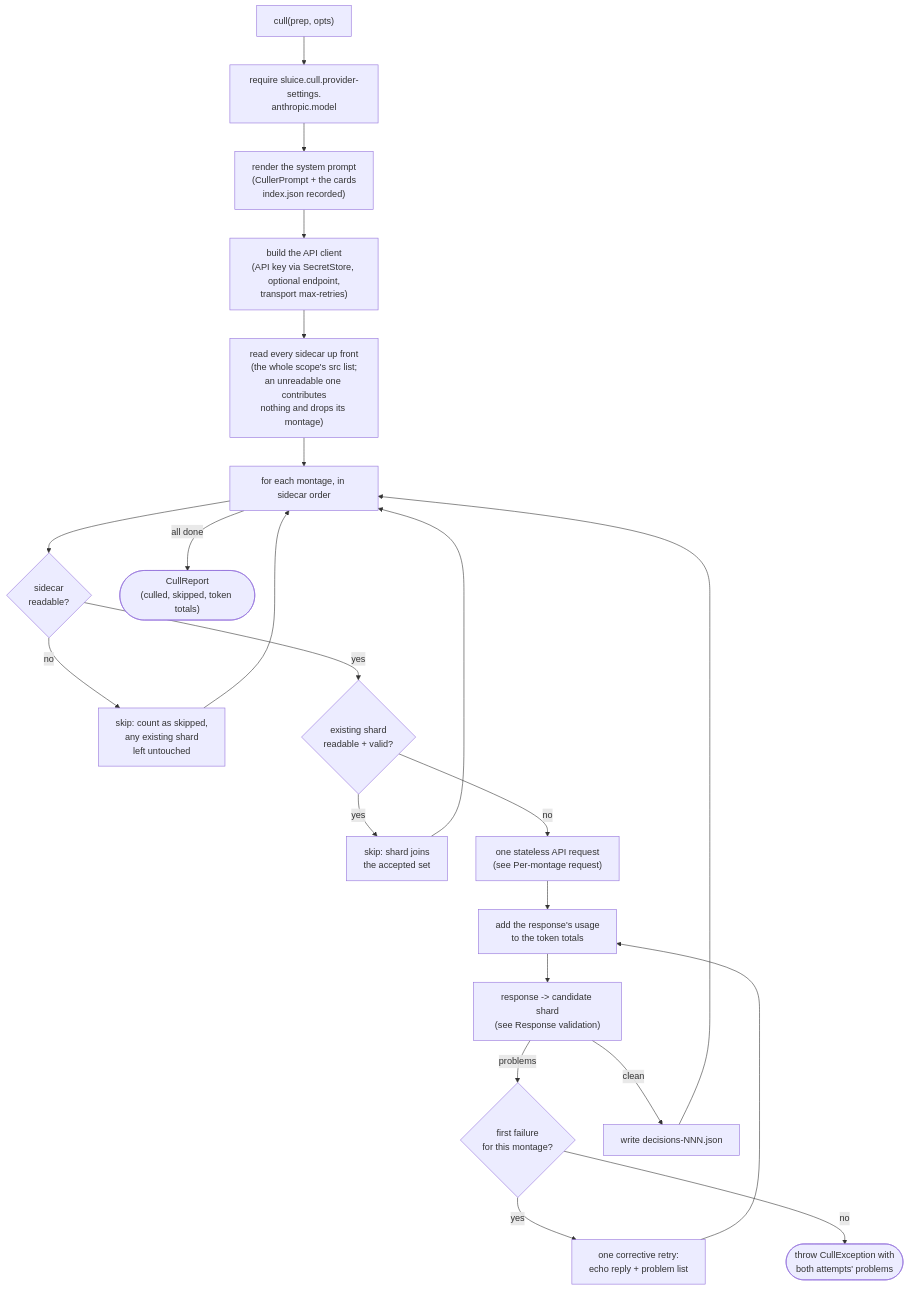
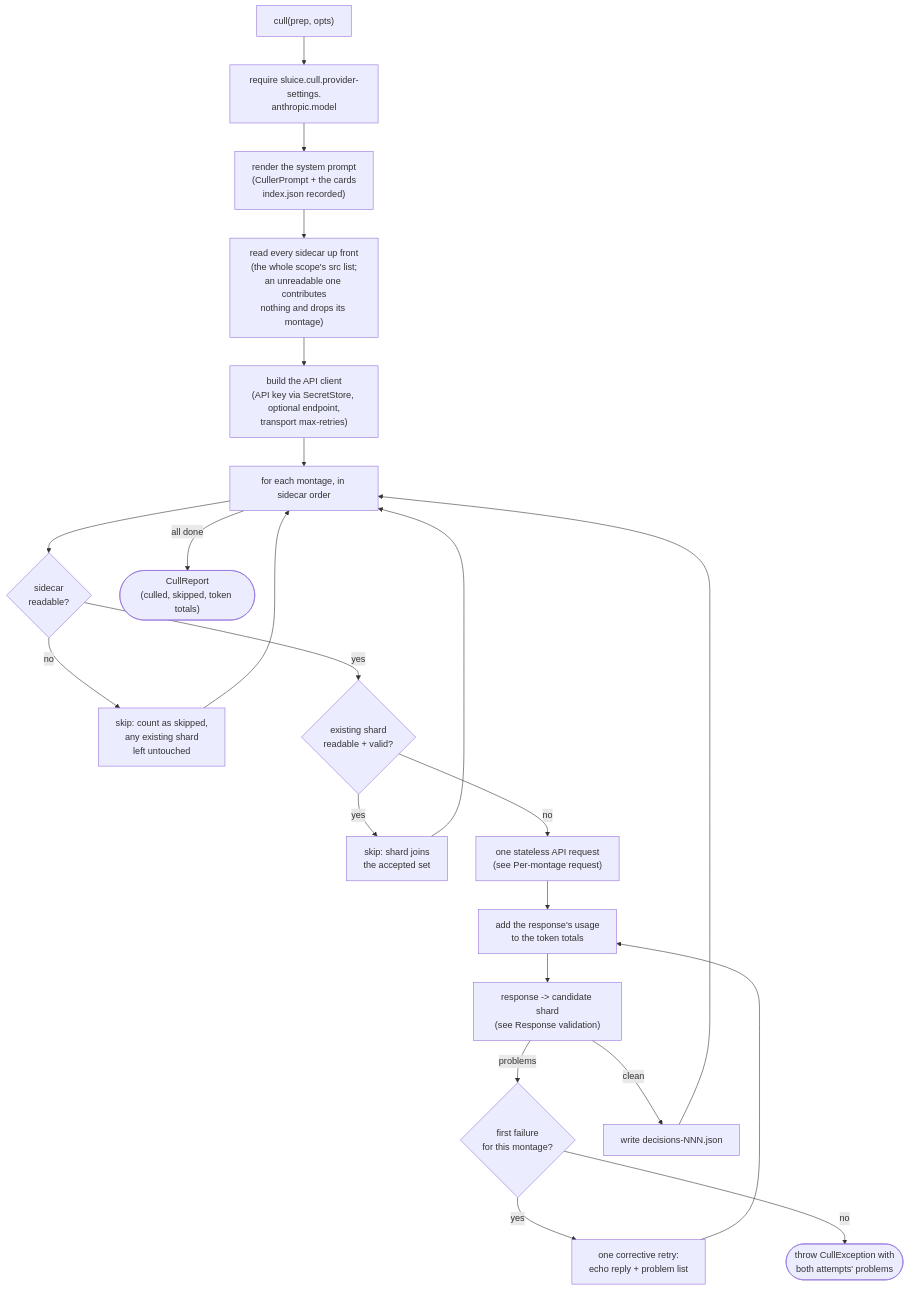
The first of 4 diagrams in app/docs/design/adapter/vision/anthropic-culler.md (AdrianNachev91/sluice), drawn with Mermaid before and after one commit. The commit also changed other lines of this file and 316 other files, not shown here.

````diff
--- a/app/docs/design/adapter/vision/anthropic-culler.md
+++ b/app/docs/design/adapter/vision/anthropic-culler.md
@@ -13,24 +13,24 @@
 ```mermaid
 flowchart TD
     A["cull(prep, opts)"] --> B["require sluice.cull.provider-settings.<br/>anthropic.model"]
     B --> C["render the system prompt<br/>(CullerPrompt + the cards<br/>index.json recorded)"]
-    C --> D["build the API client<br/>(API key via SecretStore, optional endpoint,<br/>transport max-retries)"]
-    D --> W["read every sidecar up front<br/>(the whole scope's src list;<br/>an unreadable one contributes<br/>nothing and drops its montage)"]
-    W --> E["for each montage, in sidecar order"]
+    C --> W["read every sidecar up front<br/>(the whole scope's src list;<br/>an unreadable one contributes<br/>nothing and drops its montage)"]
+    W --> D["build the API client<br/>(API key via SecretStore, optional endpoint,<br/>transport max-retries)"]
+    D --> E["for each montage, in sidecar order"]
     E --> Q{"sidecar<br/>readable?"}
     Q -- no --> S2["skip: count as skipped,<br/>any existing shard<br/>left untouched"]
     S2 --> E
     Q -- yes --> R{"existing shard<br/>readable + valid?"}
     R -- yes --> S["skip: shard joins<br/>the accepted set"]
     S --> E
     R -- no --> F["one stateless API request<br/>(see Per-montage request)"]
     F --> J["add the response's usage<br/>to the token totals"]
     J --> G["response -> candidate shard<br/>(see Response validation)"]
     G -- problems --> T{"first failure<br/>for this montage?"}
     T -- yes --> U["one corrective retry:<br/>echo reply + problem list"]
     U --> J
     T -- no --> X(["throw CullException with<br/>both attempts' problems"])
     G -- clean --> I["write decisions-NNN.json"]
     I --> E
     E -- all done --> K(["CullReport<br/>(culled, skipped, token totals)"])
 ```
````
